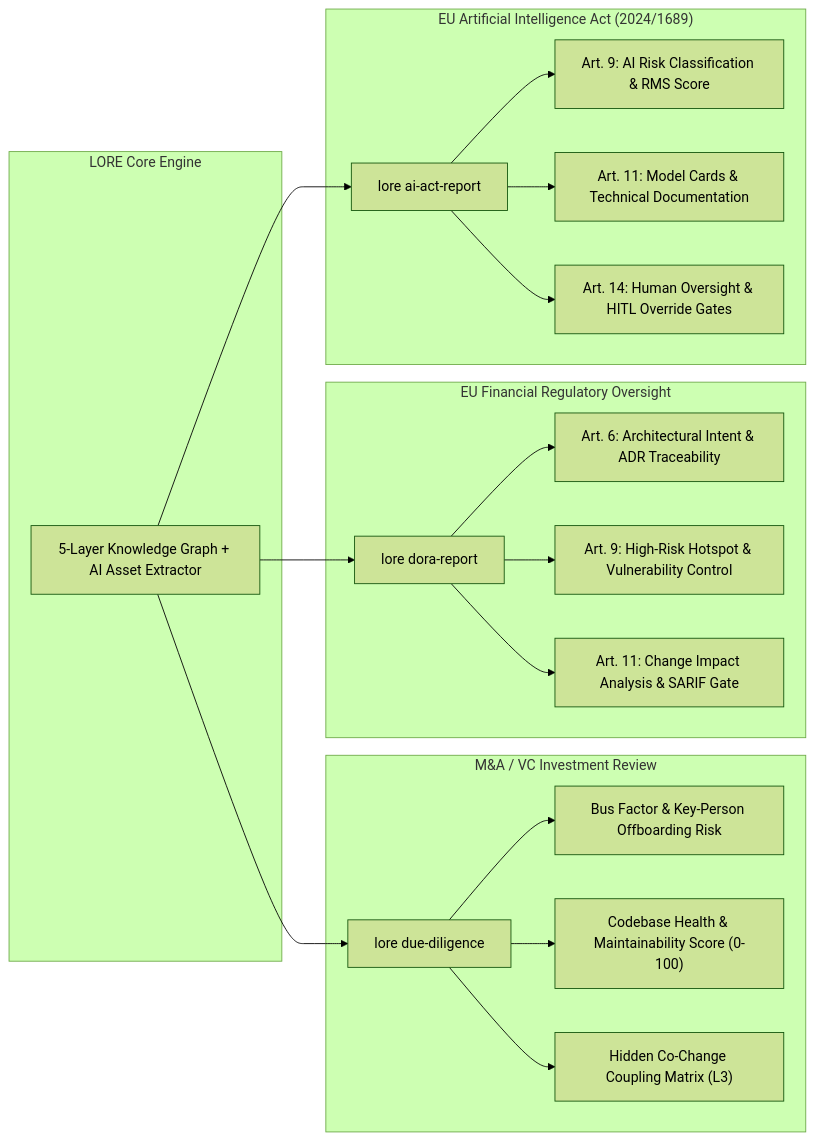
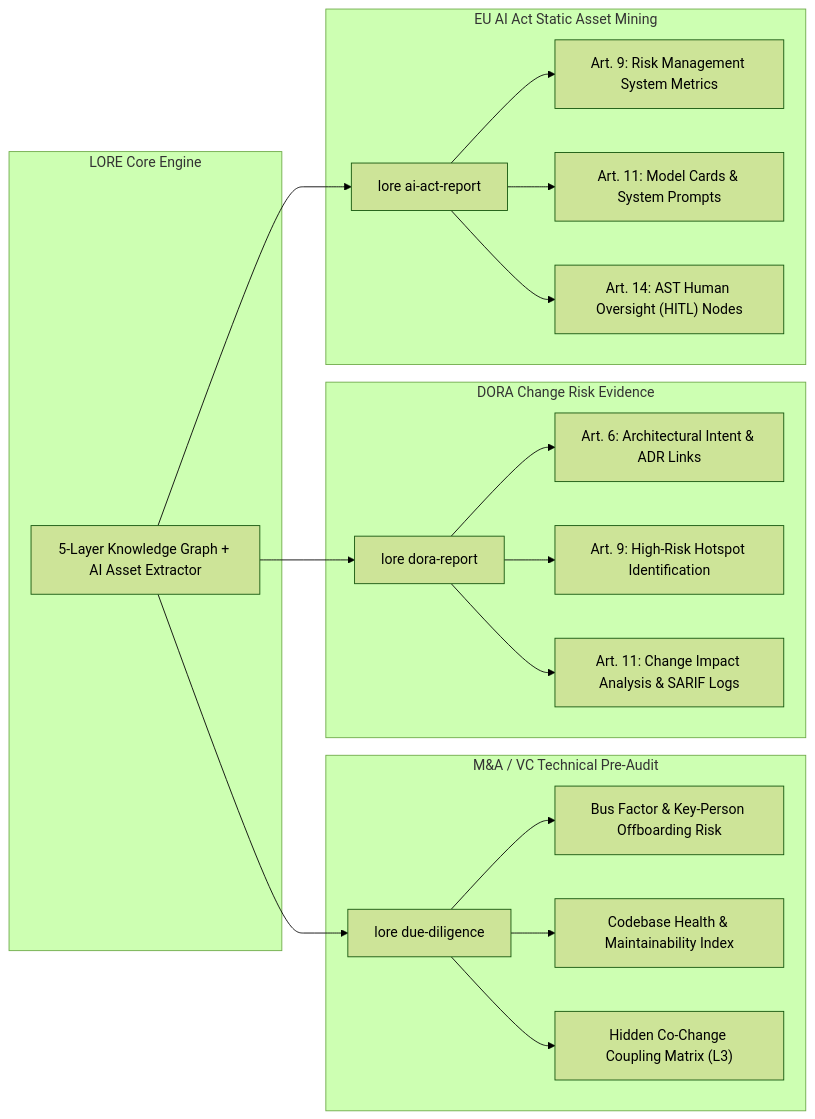
One commit to filippogabriele19/lore changed the second of 2 diagrams in README.md. Above: the diagram before and after it, drawn with Mermaid (forest theme). The commit also changed other lines of this file, not shown here.

Commit message:
refactor(readme): clarify benchmark methodology, sample sizes (N), prompt caching attribution, and regulatory disclaimer

````diff
--- a/README.md
+++ b/README.md
@@ -137,28 +141,28 @@
 ```mermaid
 graph LR
-    subgraph LORE Core Engine
+    subgraph "LORE Core Engine"
         KG["5-Layer Knowledge Graph + AI Asset Extractor"]
     end
 
     KG --> DD["lore due-diligence"]
     KG --> DORA["lore dora-report"]
     KG --> AIACT["lore ai-act-report"]
 
-    subgraph "M&A / VC Investment Review"
+    subgraph "M&A / VC Technical Pre-Audit"
         DD --> R1["Bus Factor & Key-Person Offboarding Risk"]
-        DD --> R2["Codebase Health & Maintainability Score (0-100)"]
+        DD --> R2["Codebase Health & Maintainability Index"]
         DD --> R3["Hidden Co-Change Coupling Matrix (L3)"]
     end
 
-    subgraph "EU Financial Regulatory Oversight"
-        DORA --> D1["Art. 6: Architectural Intent & ADR Traceability"]
-        DORA --> D2["Art. 9: High-Risk Hotspot & Vulnerability Control"]
-        DORA --> D3["Art. 11: Change Impact Analysis & SARIF Gate"]
+    subgraph "DORA Change Risk Evidence"
+        DORA --> D1["Art. 6: Architectural Intent & ADR Links"]
+        DORA --> D2["Art. 9: High-Risk Hotspot Identification"]
+        DORA --> D3["Art. 11: Change Impact Analysis & SARIF Logs"]
     end
 
-    subgraph "EU Artificial Intelligence Act (2024/1689)"
-        AIACT --> A1["Art. 9: AI Risk Classification & RMS Score"]
-        AIACT --> A2["Art. 11: Model Cards & Technical Documentation"]
-        AIACT --> A3["Art. 14: Human Oversight & HITL Override Gates"]
+    subgraph "EU AI Act Static Asset Mining"
+        AIACT --> A1["Art. 9: Risk Management System Metrics"]
+        AIACT --> A2["Art. 11: Model Cards & System Prompts"]
+        AIACT --> A3["Art. 14: AST Human Oversight (HITL) Nodes"]
     end
 ```
````
